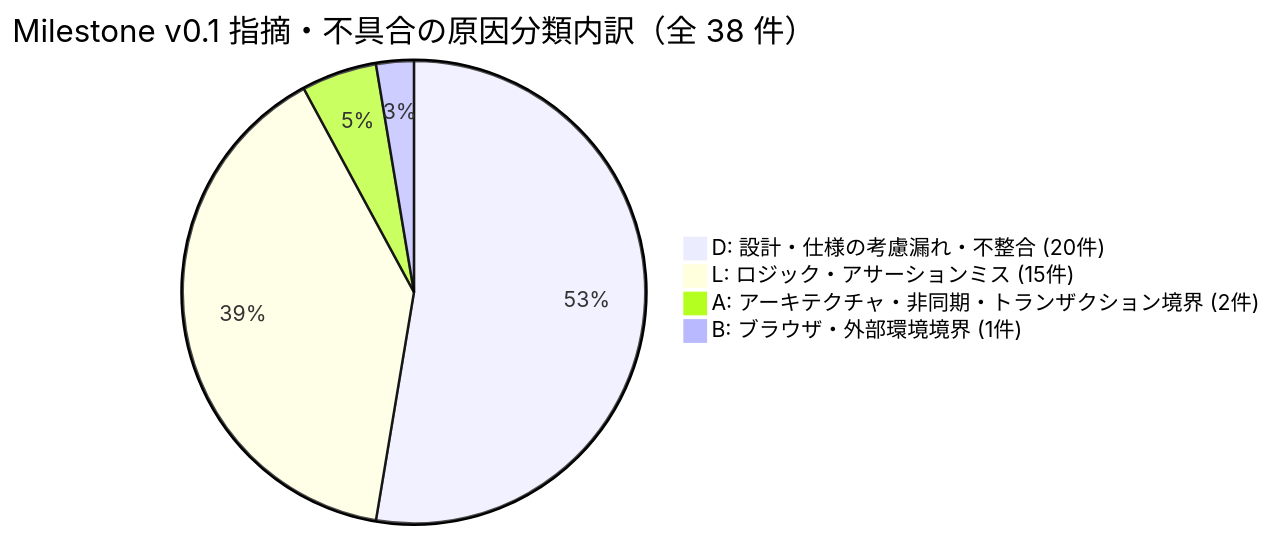
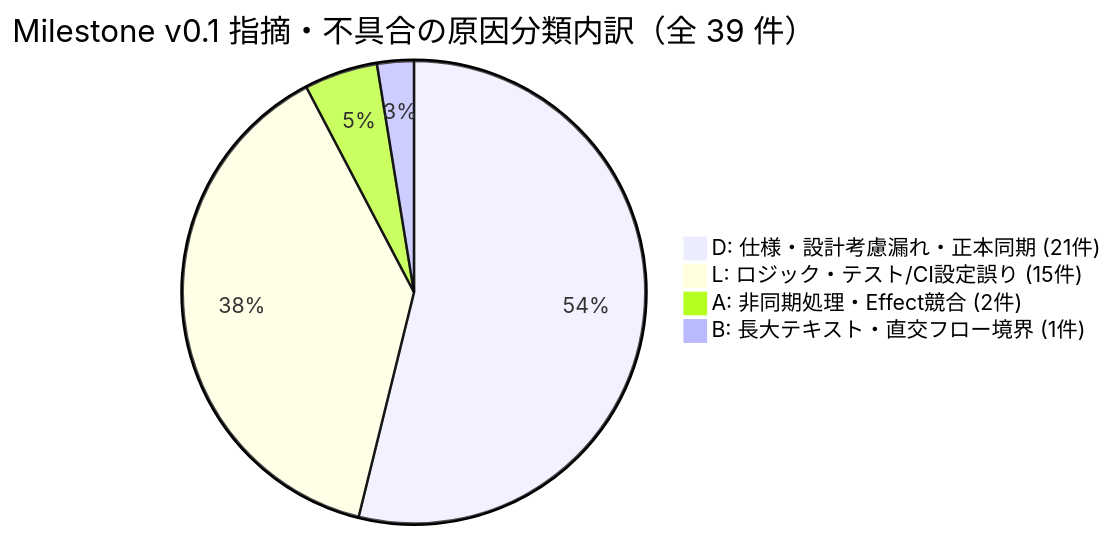
Before and after one commit to high-soar/Yommy: the diagram in docs/quality/reports/v0.1-mvp.md, drawn with Mermaid. The commit also changed other lines of this file and 1 other file, not shown here.

````diff
--- a/docs/quality/reports/v0.1-mvp.md
+++ b/docs/quality/reports/v0.1-mvp.md
@@ -88,7 +92,7 @@
 ```mermaid
-pie title Milestone v0.1 指摘・不具合の原因分類内訳（全 38 件）
-    "D: 設計・仕様の考慮漏れ・不整合 (20件)" : 20
-    "L: ロジック・アサーションミス (15件)" : 15
-    "A: アーキテクチャ・非同期・トランザクション境界 (2件)" : 2
-    "B: ブラウザ・外部環境境界 (1件)" : 1
+pie title Milestone v0.1 指摘・不具合の原因分類内訳（全 39 件）
+    "D: 仕様・設計考慮漏れ・正本同期 (21件)" : 21
+    "L: ロジック・テスト/CI設定誤り (15件)" : 15
+    "A: 非同期処理・Effect競合 (2件)" : 2
+    "B: 長大テキスト・直交フロー境界 (1件)" : 1
 ```
````
